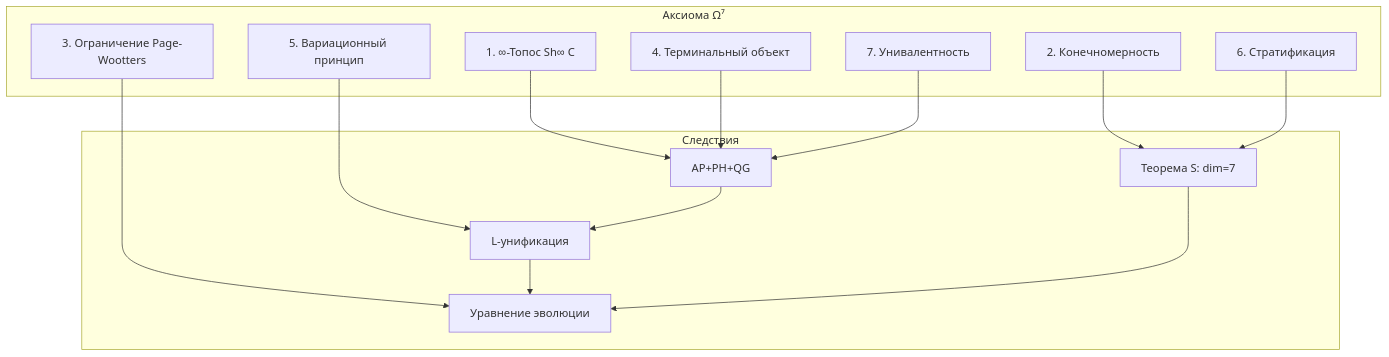
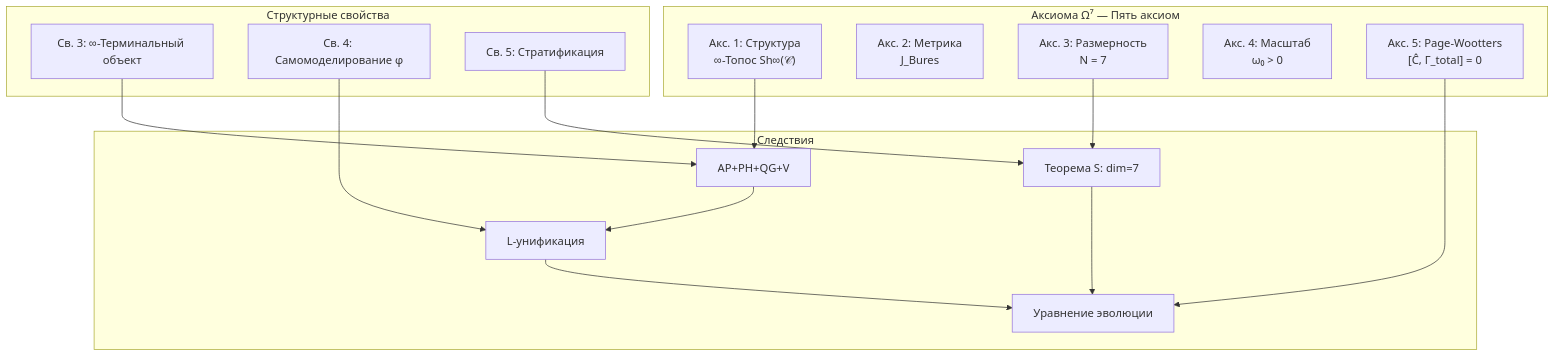
The first of 3 diagrams in website/docs/applied/coherence-cybernetics/axiomatics.md (uhm-theory/holon), drawn with Mermaid before and after one commit. The commit also changed other lines of this file and 58 other files, not shown here.

````diff
--- a/website/docs/applied/coherence-cybernetics/axiomatics.md
+++ b/website/docs/applied/coherence-cybernetics/axiomatics.md
@@ -60,28 +60,30 @@
 ```mermaid
 graph TD
-    subgraph "Аксиома Ω⁷"
-        AX1["1. ∞-Топос Sh∞ C"]
-        AX2["2. Конечномерность"]
-        AX3["3. Ограничение Page-Wootters"]
-        AX4["4. Терминальный объект"]
-        AX5["5. Вариационный принцип"]
-        AX6["6. Стратификация"]
-        AX7["7. Унивалентность"]
+    subgraph "Аксиома Ω⁷ — Пять аксиом"
+        AX1["Акс. 1: Структура<br/>∞-Топос Sh∞(𝒞)"]
+        AX2["Акс. 2: Метрика<br/>J_Bures"]
+        AX3["Акс. 3: Размерность<br/>N = 7"]
+        AX4["Акс. 4: Масштаб<br/>ω₀ > 0"]
+        AX5["Акс. 5: Page-Wootters<br/>[Ĉ, Γ_total] = 0"]
+    end
+    subgraph "Структурные свойства"
+        P3["Св. 3: ∞-Терминальный объект"]
+        P4["Св. 4: Самомоделирование φ"]
+        P5["Св. 5: Стратификация"]
     end
     subgraph "Следствия"
         S["Теорема S: dim=7"]
-        APQ["AP+PH+QG"]
+        APQ["AP+PH+QG+V"]
         LU["L-унификация"]
         EVOL["Уравнение эволюции"]
     end
     AX1 --> APQ
-    AX2 --> S
-    AX3 --> EVOL
-    AX4 --> APQ
-    AX5 --> LU
-    AX6 --> S
-    AX7 --> APQ
+    AX3 --> S
+    AX5 --> EVOL
+    P3 --> APQ
+    P4 --> LU
+    P5 --> S
     APQ --> LU
     LU --> EVOL
     S --> EVOL
 ```
````
